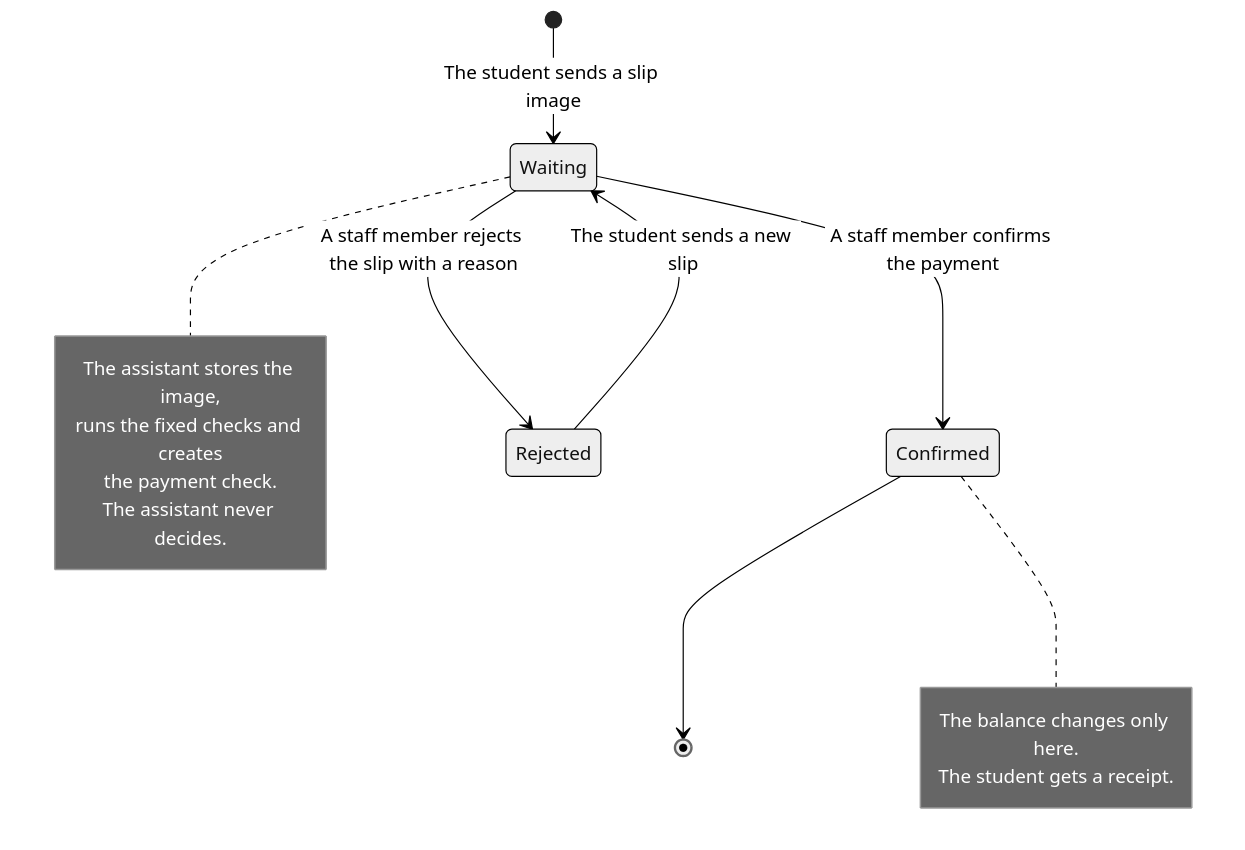
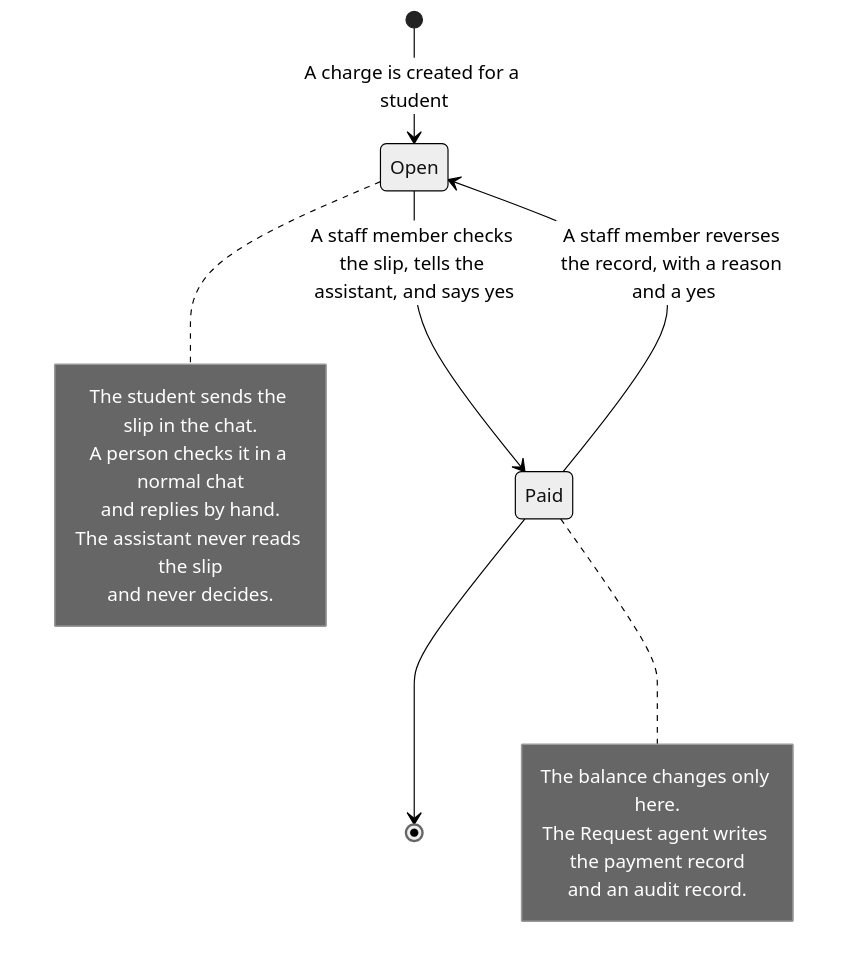
One commit to SaiWaiYanLynn/smart-university-website changed the seventh of 11 diagrams in design/diagrams/diagrams-source.md. Above: the diagram before and after it, drawn with Mermaid (neutral theme). The commit also changed other lines of this file and 27 other files, not shown here.

Commit message:
Add README, feasibility report v3 and updated diagrams

````diff
--- a/design/diagrams/diagrams-source.md
+++ b/design/diagrams/diagrams-source.md
@@ -835,19 +817,20 @@
 ```mermaid
 stateDiagram-v2
-  [*] --> Waiting: The student sends a slip image
-  Waiting --> Confirmed: A staff member confirms the payment
-  Waiting --> Rejected: A staff member rejects the slip with a reason
-  Rejected --> Waiting: The student sends a new slip
-  Confirmed --> [*]
+  [*] --> Open: A charge is created for a student
+  Open --> Paid: A staff member checks the slip, tells the assistant, and says yes
+  Paid --> Open: A staff member reverses the record, with a reason and a yes
+  Paid --> [*]
 
-  note right of Waiting
-    The assistant stores the image,
-    runs the fixed checks and creates
-    the payment check.
-    The assistant never decides.
+  note right of Open
+    The student sends the slip in the chat.
+    A person checks it in a normal chat
+    and replies by hand.
+    The assistant never reads the slip
+    and never decides.
   end note
-  note right of Confirmed
+  note right of Paid
     The balance changes only here.
-    The student gets a receipt.
+    The Request agent writes the payment record
+    and an audit record.
   end note
 ```
````
